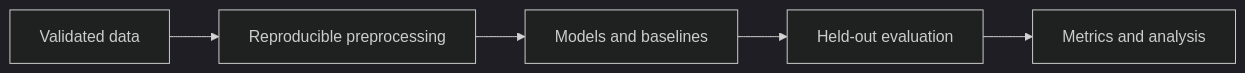
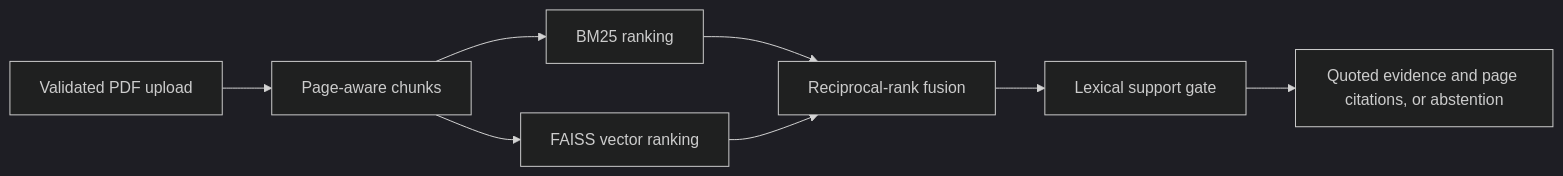
The diagram in README.md (ayanirfan099/academic-paper-retrieval-and-question-answering-system), drawn with Mermaid (dark theme) before and after one commit. The commit also changed other lines of this file and 10 other files, not shown here.

````diff
--- a/README.md
+++ b/README.md
@@ -8,7 +47,10 @@
 ```mermaid
 flowchart LR
-    A[Validated data] --> B[Reproducible preprocessing]
-    B --> C[Models and baselines]
-    C --> D[Held-out evaluation]
-    D --> E[Metrics and analysis]
+    PDF[Validated PDF upload] --> Pages[Page-aware chunks]
+    Pages --> BM25[BM25 ranking]
+    Pages --> FAISS[FAISS vector ranking]
+    BM25 --> RRF[Reciprocal-rank fusion]
+    FAISS --> RRF
+    RRF --> Gate[Lexical support gate]
+    Gate --> Output[Quoted evidence and page citations, or abstention]
 ```
````
